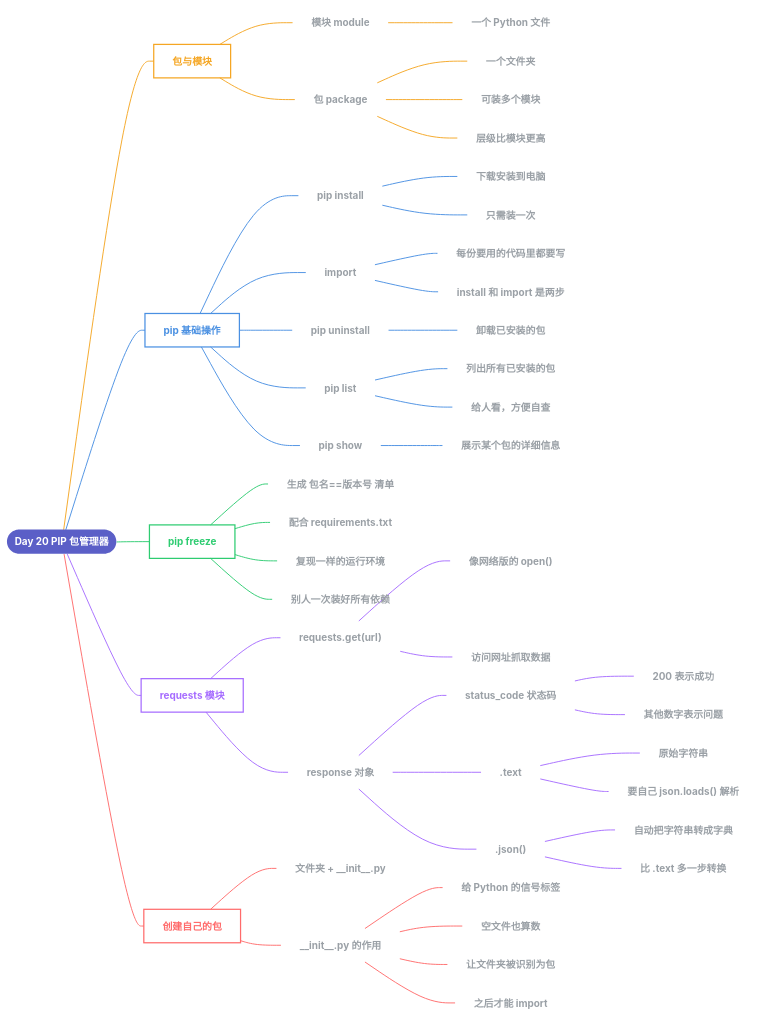
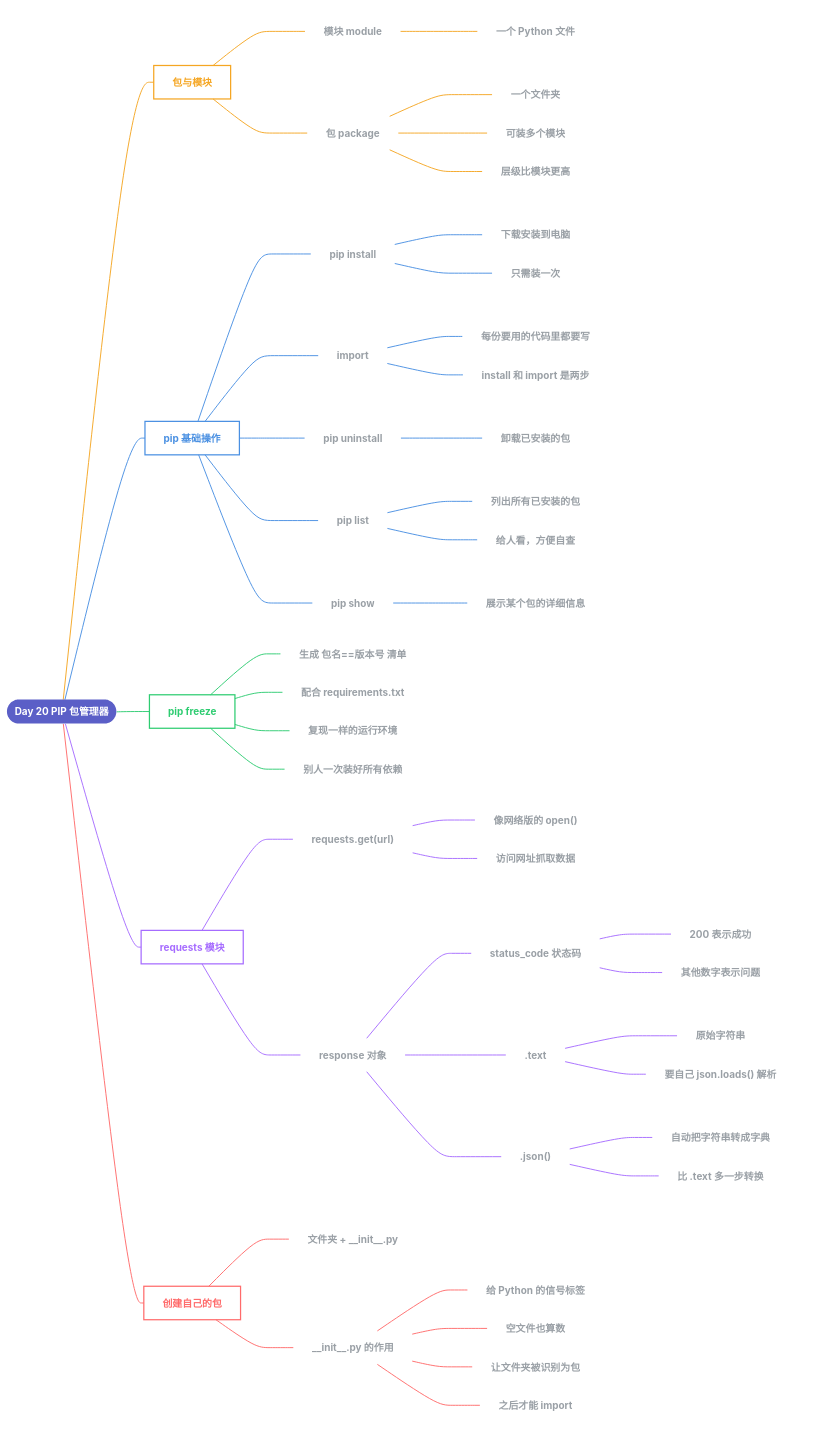
The diagram in Day20_PIP包管理器.md (Lnnkun/30-days-of-python-notes), drawn with Mermaid before and after one commit. The commit also changed 3 other files, not shown here.

Commit message:
修复 Day18-21 思维导图排版：连线不再穿过文字

```diff
--- a/Day20_PIP包管理器.md
+++ b/Day20_PIP包管理器.md
@@ -5,62 +5,101 @@
 flowchart LR
   R(["Day 20 PIP 包管理器"])
   R --- b0["包与模块"]
-  classDef c0 fill:none,stroke:#F5A623,stroke-width:2px,color:#F5A623,font-weight:bold
-  class b0 c0
   b0 --- n1["模块 module"]
+  subgraph sn1[" "]
   n1 --- n2["一个 Python 文件"]
+  end
+  style sn1 fill:none,stroke:none
   b0 --- n3["包 package"]
+  subgraph sn3[" "]
   n3 --- n4["一个文件夹"]
   n3 --- n5["可装多个模块"]
   n3 --- n6["层级比模块更高"]
+  end
+  style sn3 fill:none,stroke:none
+  classDef c0 fill:none,stroke:#F5A623,stroke-width:2px,color:#F5A623,font-weight:bold
+  class b0 c0
   R --- b1["pip 基础操作"]
+  b1 --- n7["pip install"]
+  subgraph sn7[" "]
+  n7 --- n8["下载安装到电脑"]
+  n7 --- n9["只需装一次"]
+  end
+  style sn7 fill:none,stroke:none
+  b1 --- n10["import"]
+  subgraph sn10[" "]
+  n10 --- n11["每份要用的代码里都要写"]
+  n10 --- n12["install 和 import 是两步"]
+  end
+  style sn10 fill:none,stroke:none
+  b1 --- n13["pip uninstall"]
+  subgraph sn13[" "]
+  n13 --- n14["卸载已安装的包"]
+  end
+  style sn13 fill:none,stroke:none
+  b1 --- n15["pip list"]
+  subgraph sn15[" "]
+  n15 --- n16["列出所有已安装的包"]
+  n15 --- n17["给人看，方便自查"]
+  end
+  style sn15 fill:none,stroke:none
+  b1 --- n18["pip show"]
+  subgraph sn18[" "]
+  n18 --- n19["展示某个包的详细信息"]
+  end
+  style sn18 fill:none,stroke:none
   classDef c1 fill:none,stroke:#4A90E2,stroke-width:2px,color:#4A90E2,font-weight:bold
   class b1 c1
-  b1 --- n7["pip install"]
-  n7 --- n8["下载安装到电脑"]
-  n7 --- n9["只需装一次"]
-  b1 --- n10["import"]
-  n10 --- n11["每份要用的代码里都要写"]
-  n10 --- n12["install 和 import 是两步"]
-  b1 --- n13["pip uninstall"]
-  n13 --- n14["卸载已安装的包"]
-  b1 --- n15["pip list"]
-  n15 --- n16["列出所有已安装的包"]
-  n15 --- n17["给人看，方便自查"]
-  b1 --- n18["pip show"]
-  n18 --- n19["展示某个包的详细信息"]
   R --- b2["pip freeze"]
-  classDef c2 fill:none,stroke:#2ECC71,stroke-width:2px,color:#2ECC71,font-weight:bold
-  class b2 c2
   b2 --- n20["生成 包名==版本号 清单"]
   b2 --- n21["配合 requirements.txt"]
   b2 --- n22["复现一样的运行环境"]
   b2 --- n23["别人一次装好所有依赖"]
+  classDef c2 fill:none,stroke:#2ECC71,stroke-width:2px,color:#2ECC71,font-weight:bold
+  class b2 c2
   R --- b3["requests 模块"]
+  b3 --- n24["requests.get(url)"]
+  subgraph sn24[" "]
+  n24 --- n25["像网络版的 open()"]
+  n24 --- n26["访问网址抓取数据"]
+  end
+  style sn24 fill:none,stroke:none
+  b3 --- n27["response 对象"]
+  subgraph sn27[" "]
+  n27 --- n28["status_code 状态码"]
+  subgraph sn28[" "]
+  n28 --- n29["200 表示成功"]
+  n28 --- n30["其他数字表示问题"]
+  end
+  style sn28 fill:none,stroke:none
+  n27 --- n31[".text"]
+  subgraph sn31[" "]
+  n31 --- n32["原始字符串"]
+  n31 --- n33["要自己 json.loads() 解析"]
+  end
+  style sn31 fill:none,stroke:none
+  n27 --- n34[".json()"]
+  subgraph sn34[" "]
+  n34 --- n35["自动把字符串转成字典"]
+  n34 --- n36["比 .text 多一步转换"]
+  end
+  style sn34 fill:none,stroke:none
+  end
+  style sn27 fill:none,stroke:none
   classDef c3 fill:none,stroke:#A66CFF,stroke-width:2px,color:#A66CFF,font-weight:bold
   class b3 c3
-  b3 --- n24["requests.get(url)"]
-  n24 --- n25["像网络版的 open()"]
-  n24 --- n26["访问网址抓取数据"]
-  b3 --- n27["response 对象"]
-  n27 --- n28["status_code 状态码"]
-  n28 --- n29["200 表示成功"]
-  n28 --- n30["其他数字表示问题"]
-  n27 --- n31[".text"]
-  n31 --- n32["原始字符串"]
-  n31 --- n33["要自己 json.loads() 解析"]
-  n27 --- n34[".json()"]
-  n34 --- n35["自动把字符串转成字典"]
-  n34 --- n36["比 .text 多一步转换"]
   R --- b4["创建自己的包"]
-  classDef c4 fill:none,stroke:#FF6B6B,stroke-width:2px,color:#FF6B6B,font-weight:bold
-  class b4 c4
   b4 --- n37["文件夹 + __init__.py"]
   b4 --- n38["__init__.py 的作用"]
+  subgraph sn38[" "]
   n38 --- n39["给 Python 的信号标签"]
   n38 --- n40["空文件也算数"]
   n38 --- n41["让文件夹被识别为包"]
   n38 --- n42["之后才能 import"]
+  end
+  style sn38 fill:none,stroke:none
+  classDef c4 fill:none,stroke:#FF6B6B,stroke-width:2px,color:#FF6B6B,font-weight:bold
+  class b4 c4
   classDef leaf fill:none,stroke:none,color:#9AA0A6
   classDef root fill:#5B5FC7,stroke:none,color:#fff,font-weight:bold
   class R root
```
